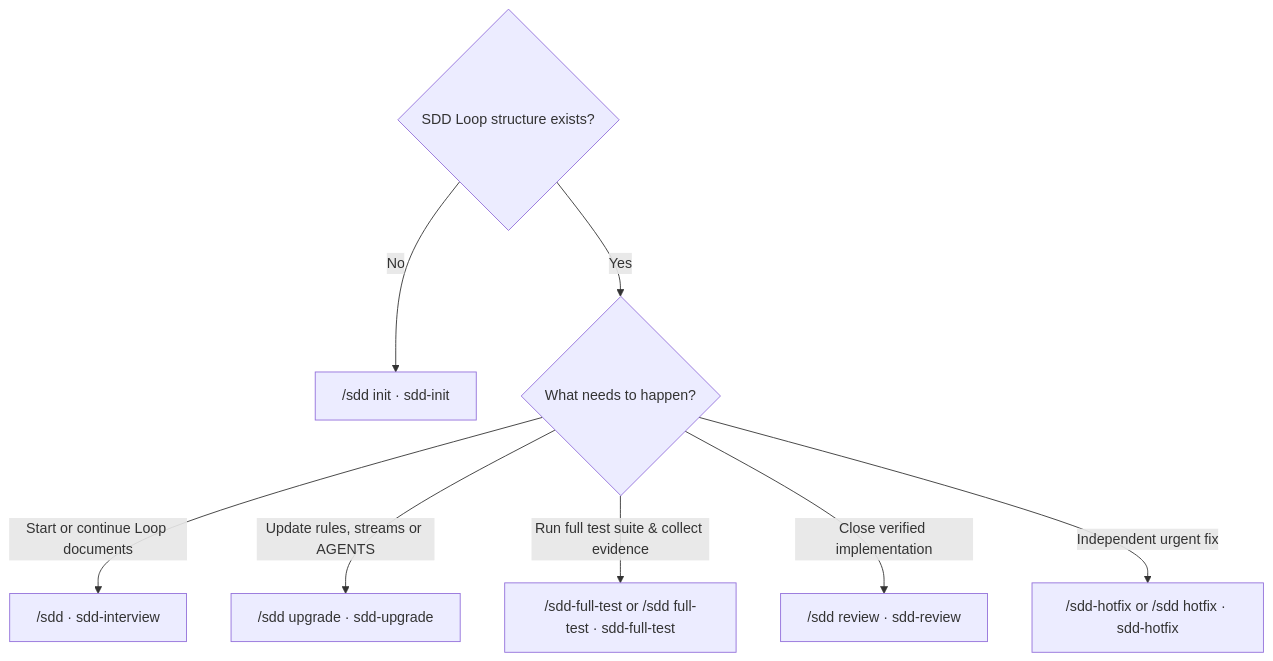
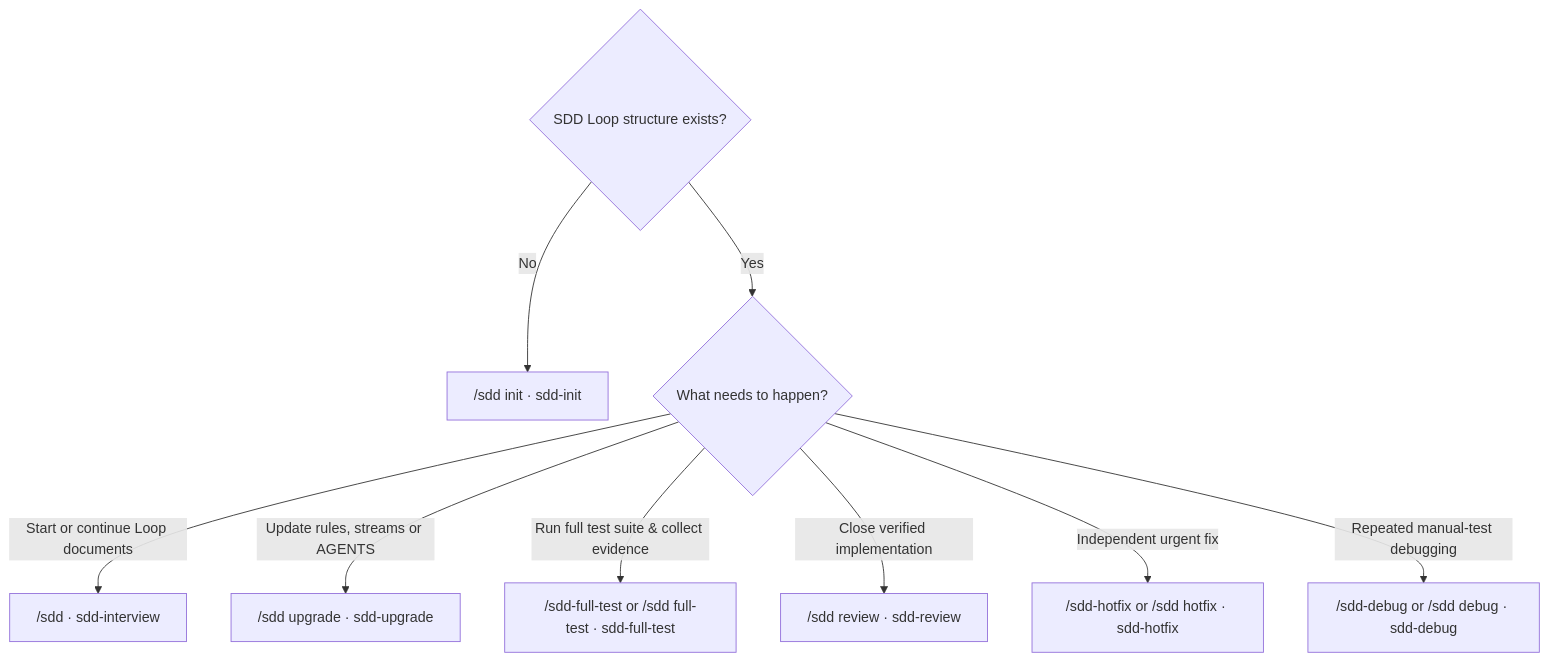
The third of 3 diagrams in README.md (Roger0808/sdd-loop), drawn with Mermaid before and after one commit. The commit also changed other lines of this file and 17 other files, not shown here.

Commit message:
feat: add manual testing debug workflow

````diff
--- a/README.md
+++ b/README.md
@@ -237,11 +255,12 @@
 ```mermaid
 flowchart TD
     A{SDD Loop structure exists?}
     A -- No --> I["/sdd init · sdd-init"]
     A -- Yes --> B{What needs to happen?}
     B -- Start or continue Loop documents --> N["/sdd · sdd-interview"]
     B -- Update rules, streams or AGENTS --> U["/sdd upgrade · sdd-upgrade"]
     B -- Run full test suite & collect evidence --> T["/sdd-full-test or /sdd full-test · sdd-full-test"]
     B -- Close verified implementation --> R["/sdd review · sdd-review"]
     B -- Independent urgent fix --> H["/sdd-hotfix or /sdd hotfix · sdd-hotfix"]
+    B -- Repeated manual-test debugging --> D["/sdd-debug or /sdd debug · sdd-debug"]
 ```
````
